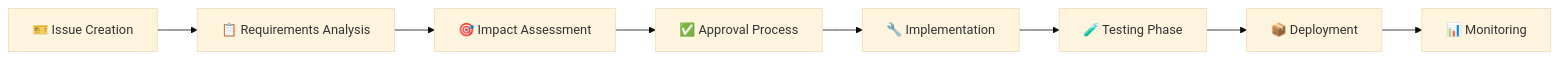
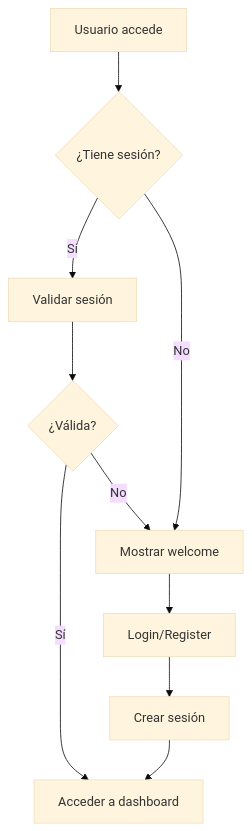
Before and after one commit to Luiss2080/DOCUMENTACION: the diagram in README.md, drawn with Mermaid (base theme). The commit also changed other lines of this file, not shown here.

````diff
--- a/README.md
+++ b/README.md
@@ -478,10 +391,12 @@
 ```mermaid
-flowchart LR
-    A[🎫 Issue Creation] --> B[📋 Requirements Analysis]
-    B --> C[🎯 Impact Assessment]
-    C --> D[✅ Approval Process]
-    D --> E[🔧 Implementation]
-    E --> F[🧪 Testing Phase]
-    F --> G[📦 Deployment]
-    G --> H[📊 Monitoring]
+graph TD
+    A[Usuario accede] --> B{¿Tiene sesión?}
+    B -->|Sí| C[Validar sesión]
+    B -->|No| D[Mostrar welcome]
+    C --> E{¿Válida?}
+    E -->|Sí| F[Acceder a dashboard]
+    E -->|No| D
+    D --> G[Login/Register]
+    G --> H[Crear sesión]
+    H --> F
 ```
````
